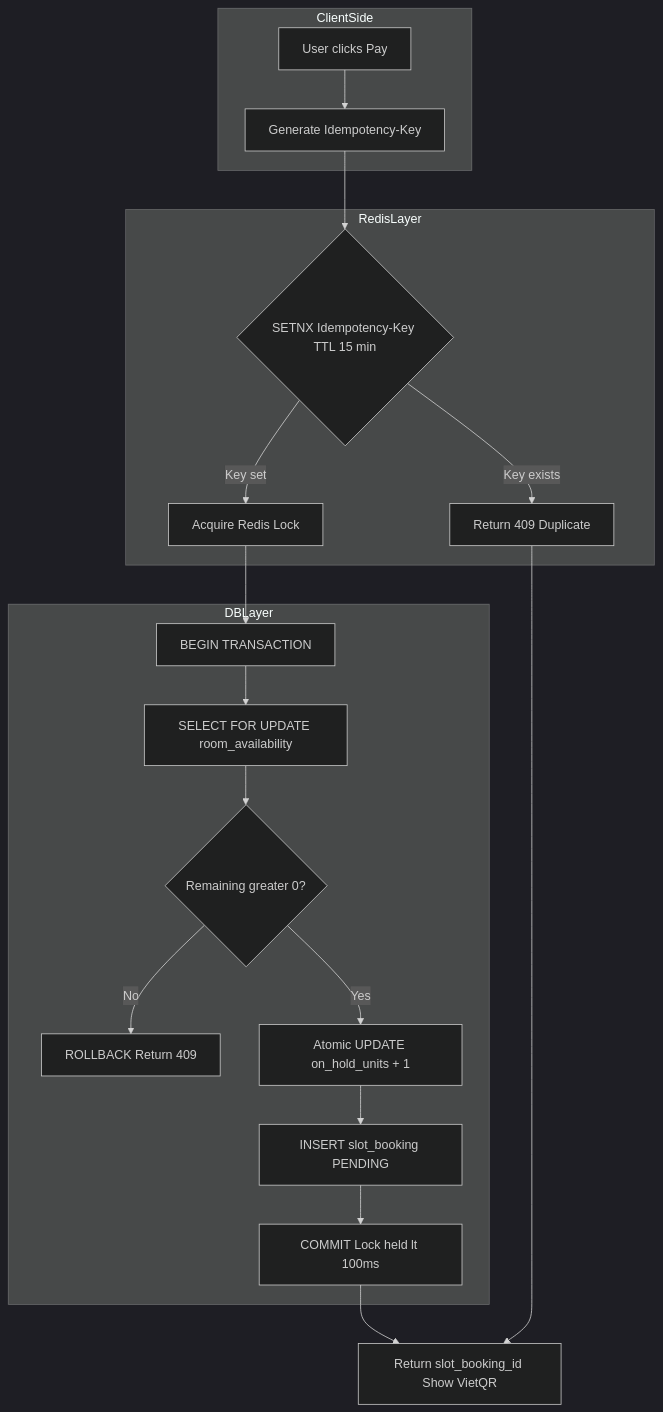
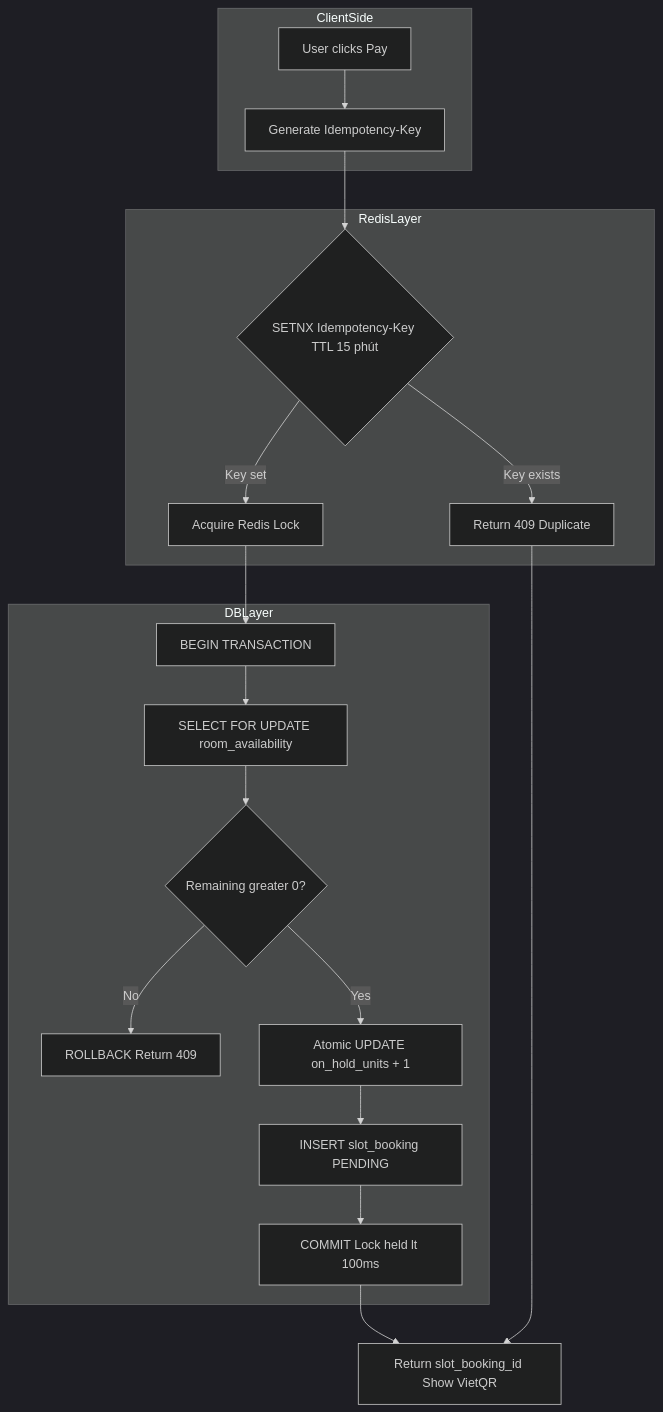
The eighth of 54 diagrams in Mermaid.md (PhamVietHoangFPT/databaseHomi), drawn with Mermaid (dark theme) before and after one commit. The commit also changed other lines of this file and 3 other files, not shown here.

````diff
--- a/Mermaid.md
+++ b/Mermaid.md
@@ -375,25 +375,25 @@
 ```mermaid
 flowchart TB
     subgraph ClientSide
         A1[User clicks Pay] --> A2[Generate Idempotency-Key]
     end
 
     subgraph RedisLayer
-        A2 --> C1{SETNX Idempotency-Key TTL 15 min}
+        A2 --> C1{SETNX Idempotency-Key TTL 15 phút}
         C1 -->|Key set| D1[Acquire Redis Lock]
         C1 -->|Key exists| E1[Return 409 Duplicate]
     end
 
     subgraph DBLayer
         D1 --> F1[BEGIN TRANSACTION]
         F1 --> G1[SELECT FOR UPDATE room_availability]
         G1 --> H1{Remaining greater 0?}
         H1 -->|No| I1[ROLLBACK Return 409]
         H1 -->|Yes| J1[Atomic UPDATE on_hold_units + 1]
         J1 --> K1[INSERT slot_booking PENDING]
         K1 --> L1[COMMIT Lock held lt 100ms]
     end
 
     L1 --> M1[Return slot_booking_id Show VietQR]
     E1 --> M1
 ```
````
